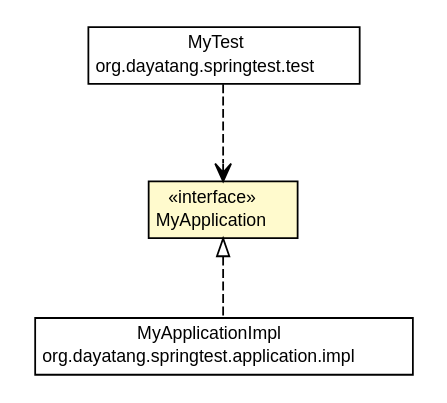
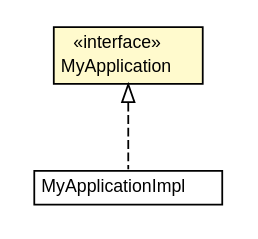
One commit to dayatang/dddlib changed the diagram in dddlib-spring-test/testapidocs/org/dayatang/springtest/application/MyApplication.dot. Above: the diagram before and after it, drawn with Graphviz. The commit also changed 132 other files, not shown here.

```diff
--- a/dddlib-spring-test/testapidocs/org/dayatang/springtest/application/MyApplication.dot
+++ b/dddlib-spring-test/testapidocs/org/dayatang/springtest/application/MyApplication.dot
@@ -1,37 +1,27 @@
 #!/usr/local/bin/dot
 #
 # Class diagram 
 # Generated by UMLGraph version R5_6_6-8-g8d7759 (http://www.umlgraph.org/)
 #
 
 digraph G {
 	edge [fontname="Helvetica",fontsize=10,labelfontname="Helvetica",labelfontsize=10];
 	node [fontname="Helvetica",fontsize=10,shape=plaintext];
 	nodesep=0.25;
 	ranksep=0.5;
 	// org.dayatang.springtest.application.impl.MyApplicationImpl
-	c58 [label=<<table title="org.dayatang.springtest.application.impl.MyApplicationImpl" border="0" cellborder="1" cellspacing="0" cellpadding="2" port="p" href="./impl/MyApplicationImpl.html">
+	c54 [label=<<table title="org.dayatang.springtest.application.impl.MyApplicationImpl" border="0" cellborder="1" cellspacing="0" cellpadding="2" port="p" href="./impl/MyApplicationImpl.html">
 		<tr><td><table border="0" cellspacing="0" cellpadding="1">
 <tr><td align="center" balign="center"> MyApplicationImpl </td></tr>
-<tr><td align="center" balign="center"> org.dayatang.springtest.application.impl </td></tr>
 		</table></td></tr>
 		</table>>, URL="./impl/MyApplicationImpl.html", fontname="Helvetica", fontcolor="black", fontsize=10.0];
 	// org.dayatang.springtest.application.MyApplication
-	c59 [label=<<table title="org.dayatang.springtest.application.MyApplication" border="0" cellborder="1" cellspacing="0" cellpadding="2" port="p" bgcolor="lemonChiffon" href="./MyApplication.html">
+	c55 [label=<<table title="org.dayatang.springtest.application.MyApplication" border="0" cellborder="1" cellspacing="0" cellpadding="2" port="p" bgcolor="lemonChiffon" href="./MyApplication.html">
 		<tr><td><table border="0" cellspacing="0" cellpadding="1">
 <tr><td align="center" balign="center"> &#171;interface&#187; </td></tr>
 <tr><td align="center" balign="center"> MyApplication </td></tr>
 		</table></td></tr>
 		</table>>, URL="./MyApplication.html", fontname="Helvetica", fontcolor="black", fontsize=10.0];
-	// org.dayatang.springtest.test.MyTest
-	c62 [label=<<table title="org.dayatang.springtest.test.MyTest" border="0" cellborder="1" cellspacing="0" cellpadding="2" port="p" href="../test/MyTest.html">
-		<tr><td><table border="0" cellspacing="0" cellpadding="1">
-<tr><td align="center" balign="center"> MyTest </td></tr>
-<tr><td align="center" balign="center"> org.dayatang.springtest.test </td></tr>
-		</table></td></tr>
-		</table>>, URL="../test/MyTest.html", fontname="Helvetica", fontcolor="black", fontsize=10.0];
 	//org.dayatang.springtest.application.impl.MyApplicationImpl implements org.dayatang.springtest.application.MyApplication
-	c59:p -> c58:p [dir=back,arrowtail=empty,style=dashed];
-	// org.dayatang.springtest.test.MyTest DEPEND org.dayatang.springtest.application.MyApplication
-	c62:p -> c59:p [taillabel="", label=" "headlabel="", fontname="Helvetica", fontcolor="black", fontsize=10.0, color="black", arrowhead=open, style=dashed];
+	c55:p -> c54:p [dir=back,arrowtail=empty,style=dashed];
 }
```
